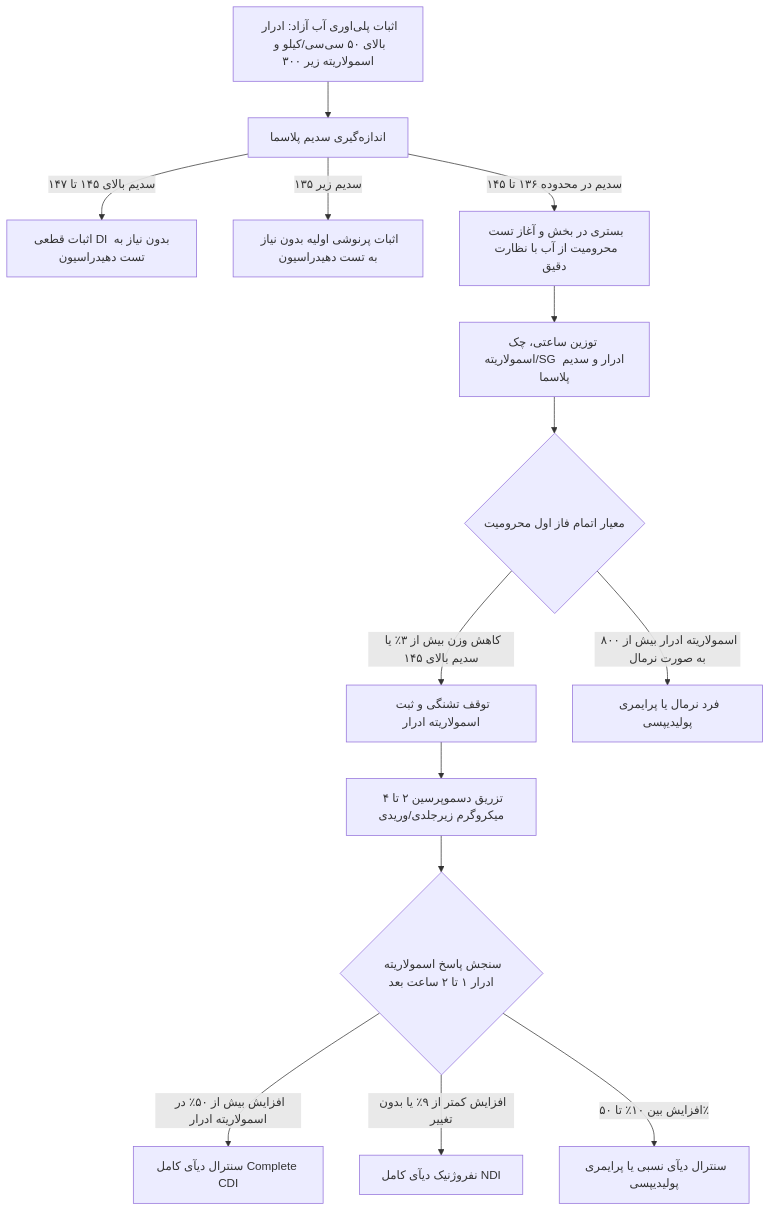
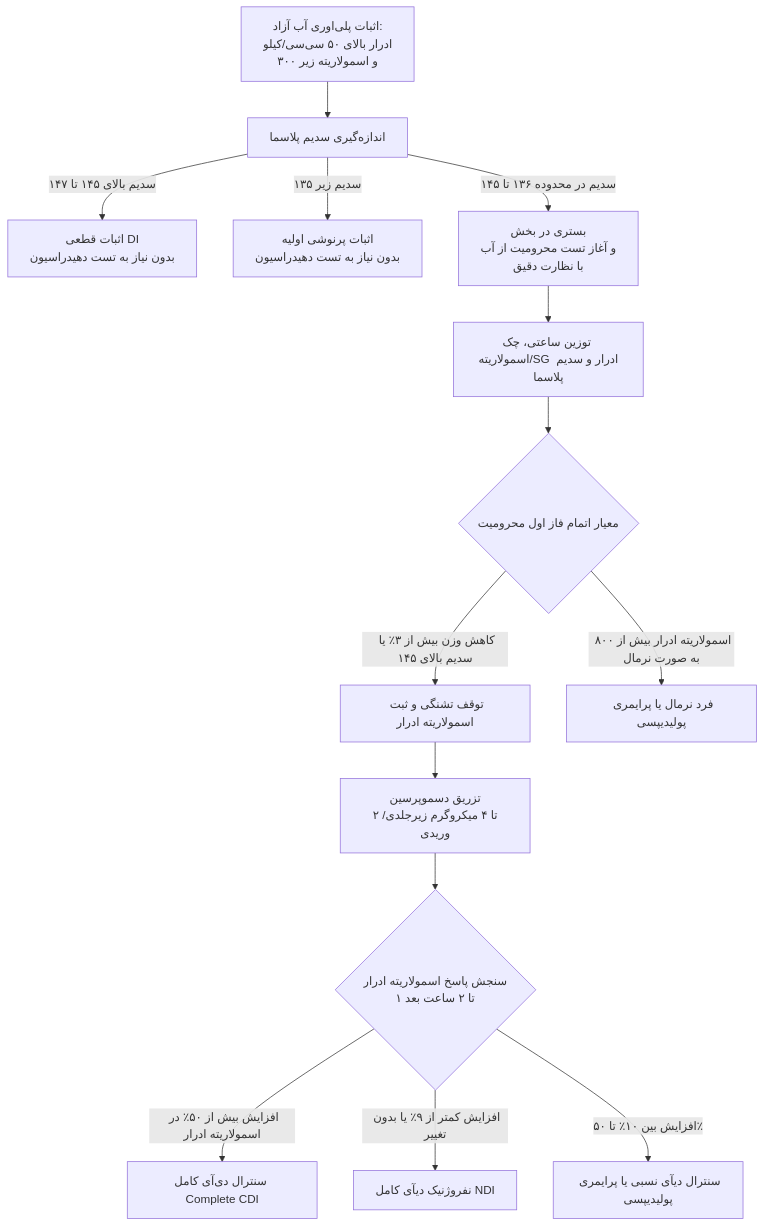
Before and after one commit to neopulse-hub/TUMS-1402-1-neo: the third of 5 diagrams in 07/مبانی غدد/هیپوفیز خلفی.md, drawn with Mermaid. The commit also changed other lines of this file, not shown here.

````diff
--- a/07/مبانی غدد/هیپوفیز خلفی.md
+++ b/07/مبانی غدد/هیپوفیز خلفی.md
@@ -113,21 +113,21 @@
 ```mermaid
 flowchart TD
-    StartPoly[اثبات پلی‌اوری آب آزاد: ادرار بالای ۵۰ سی‌سی/کیلو و اسمولاریته زیر ۳۰۰] --> PreCheck[اندازه‌گیری سدیم پلاسما]
+    StartPoly[اثبات پلی‌اوری آب آزاد:<br>ادرار بالای ۵۰ سی‌سی/کیلو<br>و اسمولاریته زیر ۳۰۰] --> PreCheck[اندازه‌گیری سدیم پلاسما]
     
-    PreCheck -->|سدیم بالای ۱۴۵ تا ۱۴۷| DefiniteDI[اثبات قطعی DI بدون نیاز به تست دهیدراسیون]
-    PreCheck -->|سدیم زیر ۱۳۵| DefinitePP[اثبات پرنوشی اولیه بدون نیاز به تست دهیدراسیون]
-    PreCheck -->|سدیم در محدوده ۱۳۶ تا ۱۴۵| InHospTest[بستری در بخش و آغاز تست محرومیت از آب با نظارت دقیق]
+    PreCheck -->|سدیم بالای ۱۴۵ تا ۱۴۷| DefiniteDI[اثبات قطعی DI<br>بدون نیاز به تست دهیدراسیون]
+    PreCheck -->|سدیم زیر ۱۳۵| DefinitePP[اثبات پرنوشی اولیه<br>بدون نیاز به تست دهیدراسیون]
+    PreCheck -->|سدیم در محدوده ۱۳۶ تا ۱۴۵| InHospTest[بستری در بخش<br>و آغاز تست محرومیت از آب<br>با نظارت دقیق]
     
     InHospTest --> HourlyMon[توزین ساعتی، چک اسمولاریته/SG ادرار و سدیم پلاسما]
     
     HourlyMon --> EndPoints{معیار اتمام فاز اول محرومیت}
     EndPoints -->|کاهش وزن بیش از ۳٪ یا سدیم بالای ۱۴۵| Stop1[توقف تشنگی و ثبت اسمولاریته ادرار]
     EndPoints -->|اسمولاریته ادرار بیش از ۸۰۰ به صورت نرمال| StopNorm[فرد نرمال یا پرایمری پولیدیپسی]
     
-    Stop1 --> DesmoInject[تزریق دسموپرسین ۲ تا ۴ میکروگرم زیرجلدی/وریدی]
+    Stop1 --> DesmoInject[تزریق دسموپرسین<br>۲ تا ۴ میکروگرم زیرجلدی/وریدی]
     
-    DesmoInject --> PostDesmoEval{سنجش پاسخ اسمولاریته ادرار ۱ تا ۲ ساعت بعد}
-    PostDesmoEval -->|افزایش بیش از ۵۰٪ در اسمولاریته ادرار| CentralDiag[سنترال دیآی کامل Complete CDI]
+    DesmoInject --> PostDesmoEval{سنجش پاسخ اسمولاریته ادرار<br>۱ تا ۲ ساعت بعد}
+    PostDesmoEval -->|افزایش بیش از ۵۰٪ در اسمولاریته ادرار| CentralDiag[سنترال دی‌آی کامل Complete CDI]
     PostDesmoEval -->|افزایش کمتر از ۹٪ یا بدون تغییر| NephroDiag[نفروژنیک دیآی کامل NDI]
     PostDesmoEval -->|افزایش بین ۱۰٪ تا ۵۰٪| PartialDiag[سنترال دیآی نسبی یا پرایمری پولیدیپسی]
 ```
````
